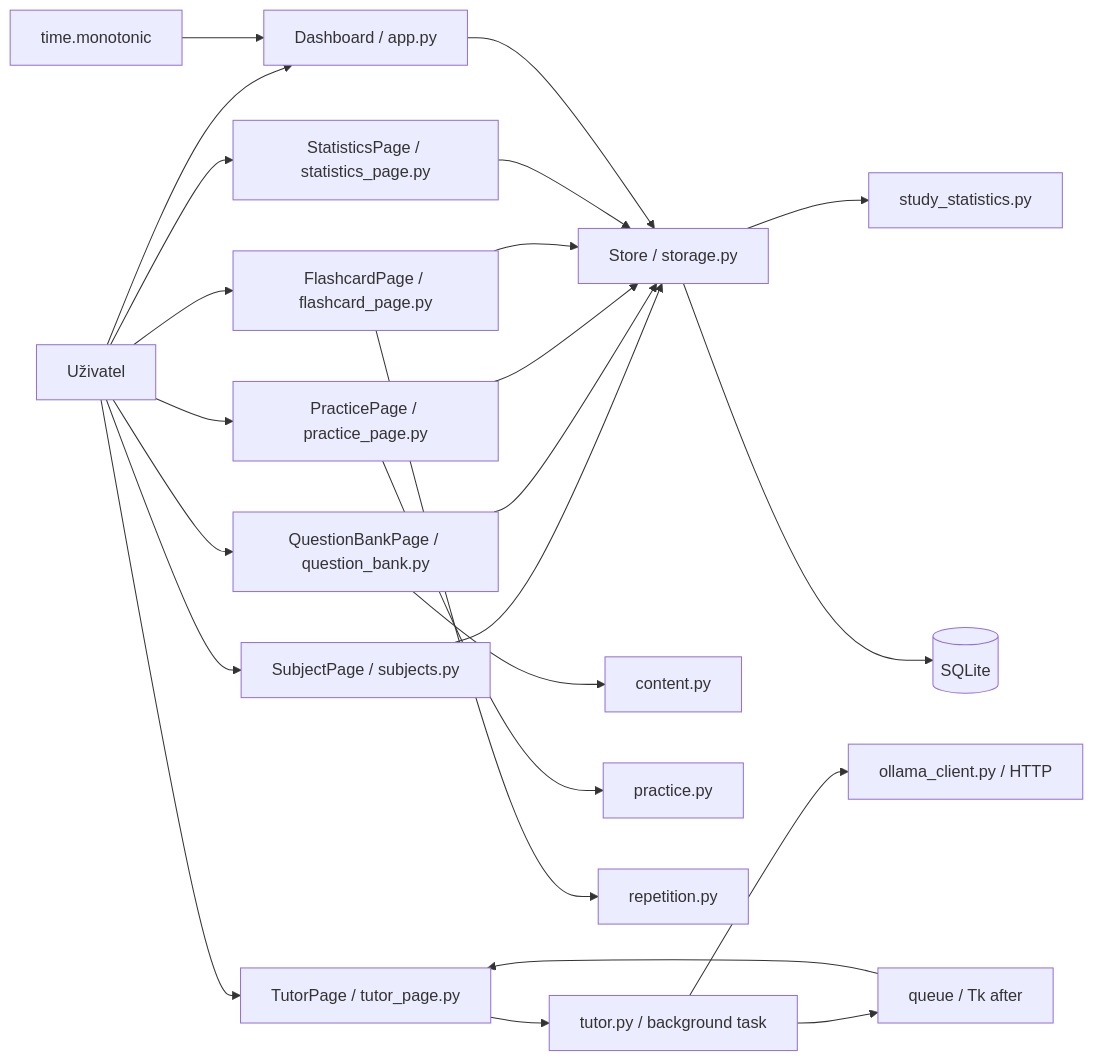
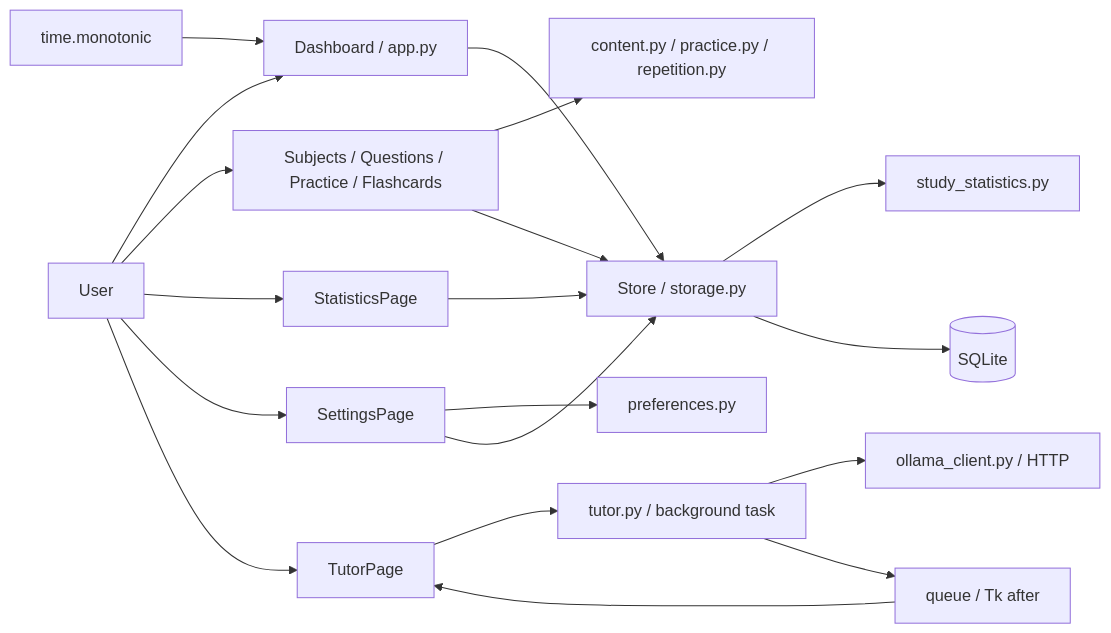
One commit to turcinv/SOSkuska changed the diagram in docs/CURRENT_ARCHITECTURE.md. Above: the diagram before and after it, drawn with Mermaid. The commit also changed other lines of this file and 54 other files, not shown here.

````diff
--- a/docs/CURRENT_ARCHITECTURE.md
+++ b/docs/CURRENT_ARCHITECTURE.md
@@ -23,26 +27,21 @@
 ```mermaid
 flowchart LR
-    User[Uživatel] --> Dashboard[Dashboard / app.py]
-    User --> Subjects[SubjectPage / subjects.py]
-    Subjects --> Store[Store / storage.py]
-    User --> Questions[QuestionBankPage / question_bank.py]
-    Questions --> Validation[content.py]
-    Questions --> Store
-    User --> Practice[PracticePage / practice_page.py]
-    Practice --> Rules[practice.py]
-    Practice --> Store
-    User --> Flashcards[FlashcardPage / flashcard_page.py]
-    Flashcards --> Repetition[repetition.py]
-    Flashcards --> Store
-    User --> Statistics[StatisticsPage / statistics_page.py]
+    User --> Dashboard[Dashboard / app.py]
+    User --> Screens[Subjects / Questions / Practice / Flashcards]
+    Dashboard --> Store[Store / storage.py]
+    Screens --> Rules[content.py / practice.py / repetition.py]
+    Screens --> Store
+    User --> Statistics[StatisticsPage]
     Statistics --> Store
     Store --> Report[study_statistics.py]
-    User --> Tutor[TutorPage / tutor_page.py]
+    User --> Settings[SettingsPage]
+    Settings --> Preferences[preferences.py]
+    Settings --> Store
+    User --> Tutor[TutorPage]
     Tutor --> Jobs[tutor.py / background task]
     Jobs --> Ollama[ollama_client.py / HTTP]
     Jobs --> Queue[queue / Tk after]
     Queue --> Tutor
-    Dashboard --> Store
     Store --> DB[(SQLite)]
     Clock[time.monotonic] --> Dashboard
 ```
````
